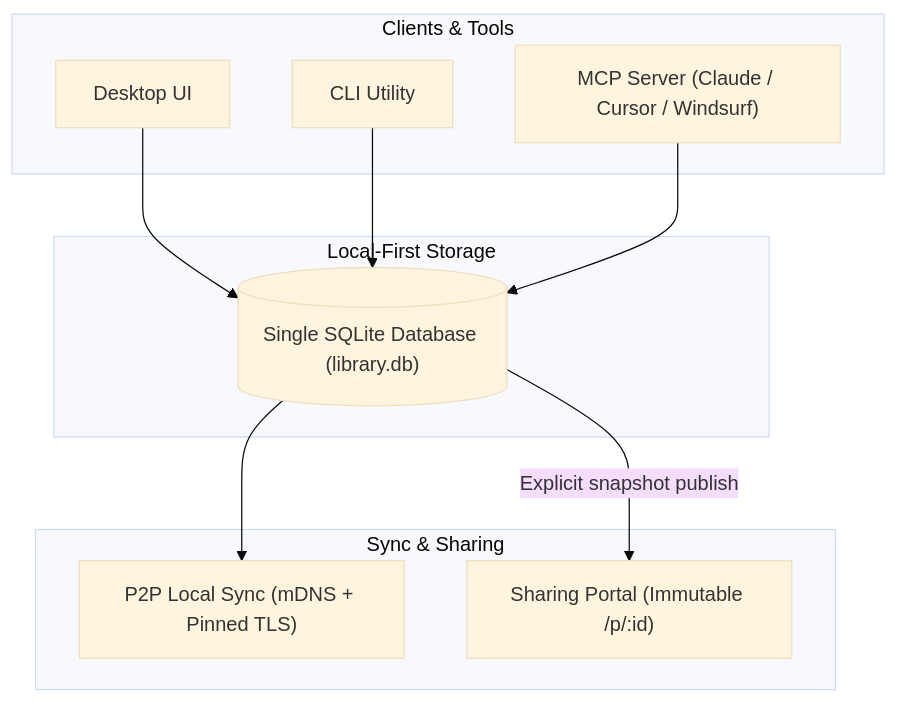
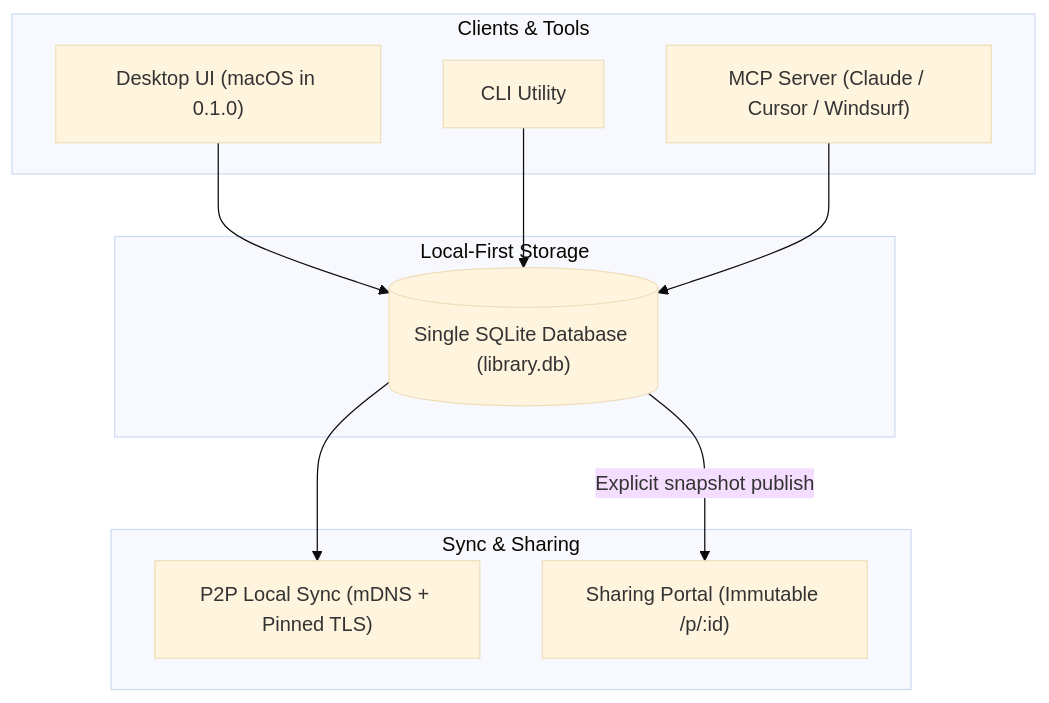
The diagram in docs/getting-started/overview.md (PromptBranch/promptbranch), drawn with Mermaid (base theme) before and after one commit. The commit also changed other lines of this file and 5 other files, not shown here.

Commit message:
📝 docs(release): clarify macOS-only desktop

````diff
--- a/docs/getting-started/overview.md
+++ b/docs/getting-started/overview.md
@@ -5,23 +10,23 @@
 ```mermaid
 graph TD
   subgraph Clients["Clients & Tools"]
-    Desktop["Desktop UI"]
+    Desktop["Desktop UI (macOS in 0.1.0)"]
     CLI["CLI Utility"]
     MCP["MCP Server (Claude / Cursor / Windsurf)"]
   end
 
   subgraph Store["Local-First Storage"]
     SQLite[("Single SQLite Database (library.db)")]
   end
 
   subgraph Distribution["Sync & Sharing"]
     Sync["P2P Local Sync (mDNS + Pinned TLS)"]
     Portal["Sharing Portal (Immutable /p/:id)"]
   end
 
   Desktop --> SQLite
   CLI --> SQLite
   MCP --> SQLite
   SQLite --> Sync
   SQLite -->|Explicit snapshot publish| Portal
 ```
````
